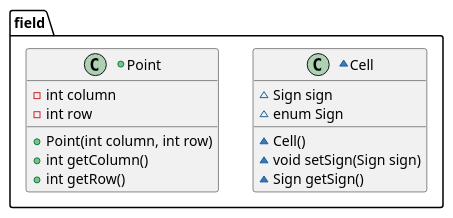
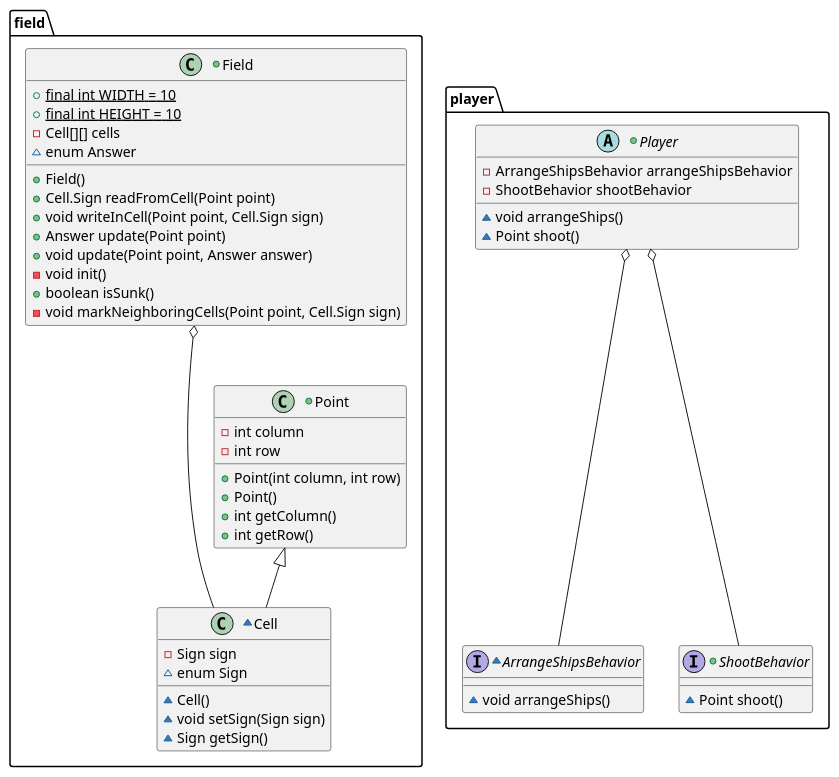
Before and after one commit to pankkratt/J2PlantUML: the diagram in file.puml, drawn with PlantUML. The commit also changed 2 other files, not shown here.

```diff
--- a/file.puml
+++ b/file.puml
@@ -1,20 +1,54 @@
 @startuml
 package field {
-~class Cell {
-    ~Sign sign
+~class Cell extends Point {
+    -Sign sign
     ~enum Sign 
 
     ~Cell() 
     ~void setSign(Sign sign) 
     ~Sign getSign() 
 }
++class Field {
+    +{static}final int WIDTH = 10
+    +{static}final int HEIGHT = 10
+    -Cell[][] cells
+    ~enum Answer 
+
+    +Field() 
+    +Cell.Sign readFromCell(Point point) 
+    +void writeInCell(Point point, Cell.Sign sign) 
+    +Answer update(Point point) 
+    +void update(Point point, Answer answer) 
+    -void init() 
+    +boolean isSunk() 
+    -void markNeighboringCells(Point point, Cell.Sign sign) 
+}
+Field o--- Cell
 +class Point {
     -int column
     -int row
 
     +Point(int column, int row) 
+    +Point() 
     +int getColumn() 
     +int getRow() 
 }
 }
-@endtuml
+package player {
+~interface ArrangeShipsBehavior {
+    ~void arrangeShips()
+}
++abstract class Player {
+    -ArrangeShipsBehavior arrangeShipsBehavior
+    -ShootBehavior shootBehavior
+
+    ~void arrangeShips() 
+    ~Point shoot() 
+}
+Player o--- ArrangeShipsBehavior
+Player o--- ShootBehavior
++interface ShootBehavior {
+    ~    Point shoot()
+}
+}
+@enduml
```
